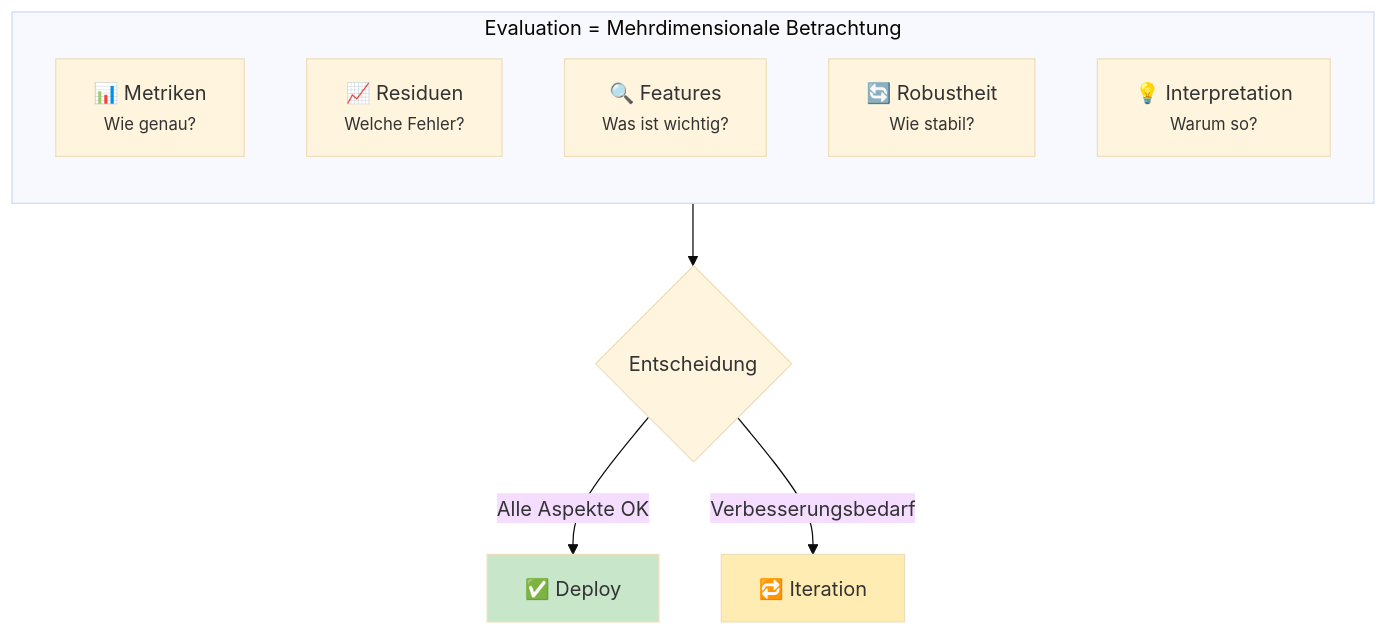
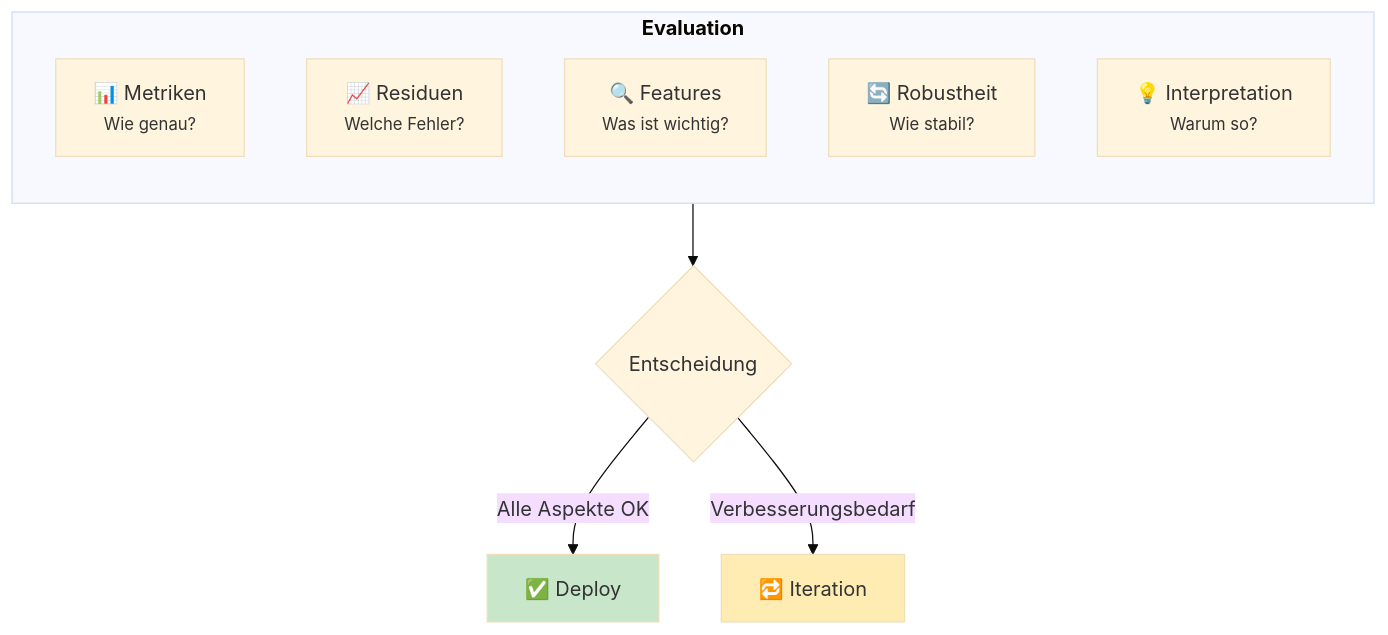
One commit to ralf-42/ML_Intro changed the third of 3 diagrams in docs/concepts/evaluate/bewertung_allgemein.md. Above: the diagram before and after it, drawn with Mermaid (base theme). The commit also changed other lines of this file and 7 other files, not shown here.

````diff
--- a/docs/concepts/evaluate/bewertung_allgemein.md
+++ b/docs/concepts/evaluate/bewertung_allgemein.md
@@ -210,18 +186,18 @@
 ```mermaid
 flowchart TB
-    subgraph eval["Evaluation = Mehrdimensionale Betrachtung"]
+    subgraph eval["<b>Evaluation"]
         direction TB
         G["📊 Metriken<br/><small>Wie genau?</small>"]
         R["📈 Residuen<br/><small>Welche Fehler?</small>"]
         F["🔍 Features<br/><small>Was ist wichtig?</small>"]
         RO["🔄 Robustheit<br/><small>Wie stabil?</small>"]
         I["💡 Interpretation<br/><small>Warum so?</small>"]
     end
     
     eval --> E{"Entscheidung"}
     E -->|"Alle Aspekte OK"| D["✅ Deploy"]
     E -->|"Verbesserungsbedarf"| IT["🔁 Iteration"]
     
     style D fill:#c8e6c9
     style IT fill:#ffecb3
 ```
````
